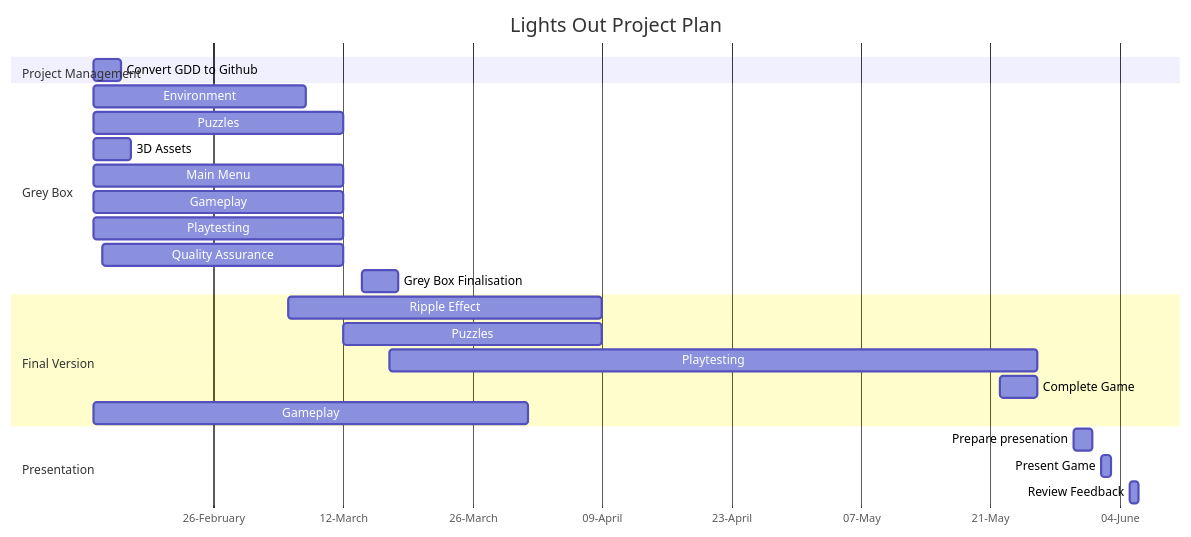
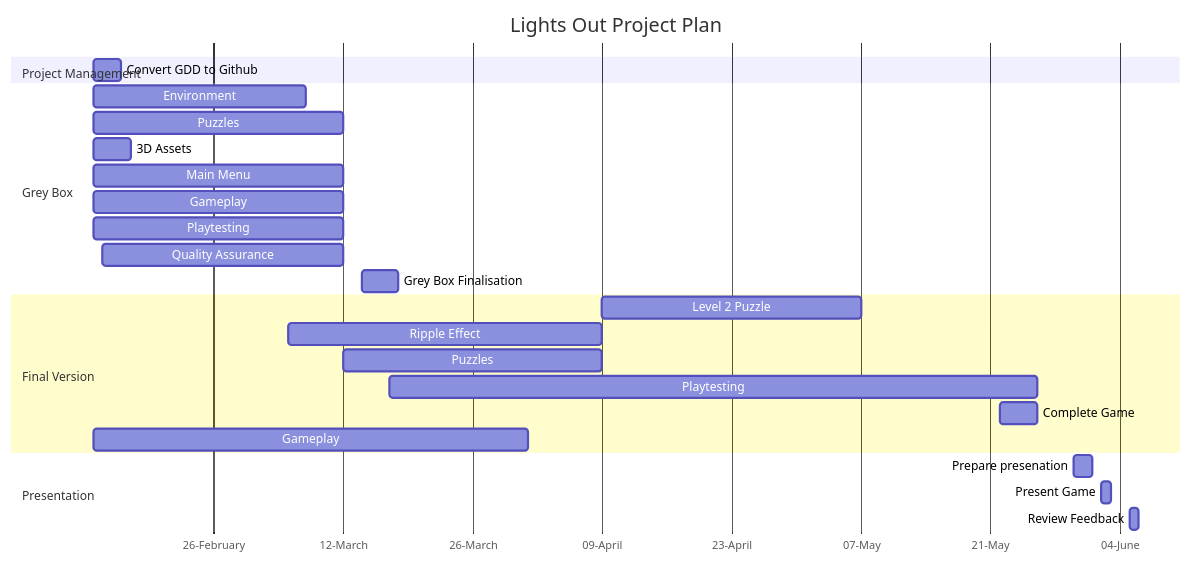
One commit to Lake-Tuggeranong-College/Lights-Out-2023S1 changed the diagram in schedule.md. Above: the diagram before and after it, drawn with Mermaid.

Commit message:
Schedule Updated, Level 2 Added

````diff
--- a/schedule.md
+++ b/schedule.md
@@ -17,34 +17,34 @@
 ```mermaid
 gantt
     title Lights Out Project Plan
     dateFormat  DD-MM-YY
     axisFormat  %d-%B
     tickInterval 2week
 
     section Project Management
     Convert GDD to Github :13-02-23, 3d
 
     section Grey Box
     Environment             :a1, 13-02-23, 23d
     Puzzles                 :puzzle, 13-02-23, 27d
     3D Assets               :13-02-23, 17-02-23
     Main Menu               :13-02-23, 27d
     Gameplay                :13-02-23, 12-03-23
     Playtesting             :13-02-23, 12-03-23
     Quality Assurance       :14-02-23, 12-03-23
     Grey Box Finalisation   :14-03-23, 4d
     
 
     section Final Version
-
+    Level 2 Puzzle          :09-04-23  , 07-05-23
     Ripple Effect           :06-03-23  , 09-04-23
     Puzzles                 :12-03-23  , 09-04-23
     Playtesting             :17-03-23, 26-05-23
     Complete Game           :22-05-23, 26-05-23
     Gameplay                :13-02-23, 01-04-23
 
     section Presentation
     Prepare presenation : 30-05-23, 2d
     Present Game: 02-06-23, 1d
     Review Feedback: 05-06-23, 1d
 ```
````
